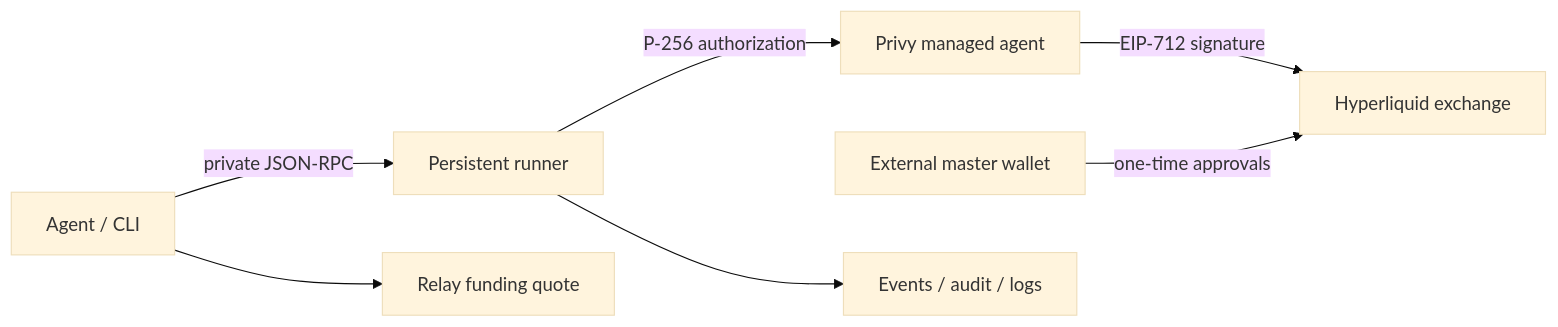
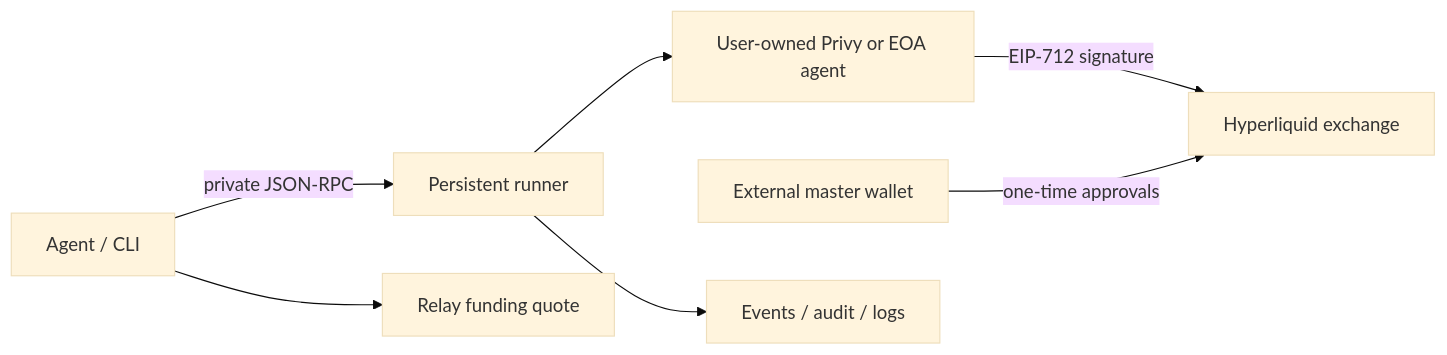
Before and after one commit to bloxwap/agent-cli: the diagram in packages/agent-cli/README.md, drawn with Mermaid (base theme). The commit also changed other lines of this file and 56 other files, not shown here.

First line of the commit message:
feat: user-owned EOA signer, zero default builder fee and BLOXWAP referral

````diff
--- a/packages/agent-cli/README.md
+++ b/packages/agent-cli/README.md
@@ -55,9 +56,9 @@
 ```mermaid
 flowchart LR
   Agent[Agent / CLI] -->|private JSON-RPC| Runner[Persistent runner]
-  Runner -->|P-256 authorization| Privy[Privy managed agent]
-  Privy -->|EIP-712 signature| HL[Hyperliquid exchange]
+  Runner --> Signer[User-owned Privy or EOA agent]
+  Signer -->|EIP-712 signature| HL[Hyperliquid exchange]
   Agent --> Relay[Relay funding quote]
   Master[External master wallet] -->|one-time approvals| HL
   Runner --> Journal[Events / audit / logs]
 ```
````
